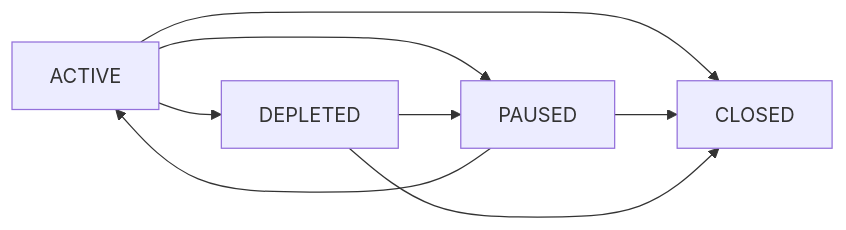
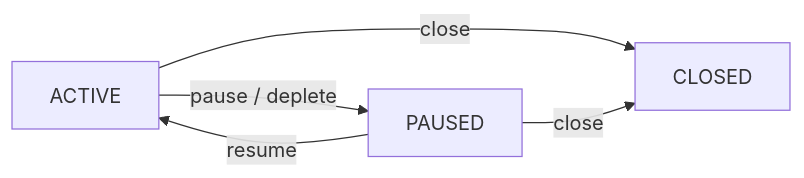
One commit to vacp2p/rfc-index changed the diagram in vac/raw/payment-streams.md. Above: the diagram before and after it, drawn with Mermaid. The commit also changed other lines of this file, not shown here.

Commit message:
simplify state machine: merge PAUSED and DEPLETED

````diff
--- a/vac/raw/payment-streams.md
+++ b/vac/raw/payment-streams.md
@@ -162,10 +162,7 @@
 ```mermaid
 graph LR;
-    ACTIVE --> PAUSED;
-    PAUSED --> ACTIVE;
-    ACTIVE --> DEPLETED;
-    DEPLETED --> PAUSED;
-    ACTIVE --> CLOSED;
-    PAUSED --> CLOSED;
-    DEPLETED --> CLOSED;
+    ACTIVE -->|pause / deplete| PAUSED;
+    PAUSED -->|resume| ACTIVE;
+    ACTIVE -->|close| CLOSED;
+    PAUSED -->|close| CLOSED;
 ```
````
